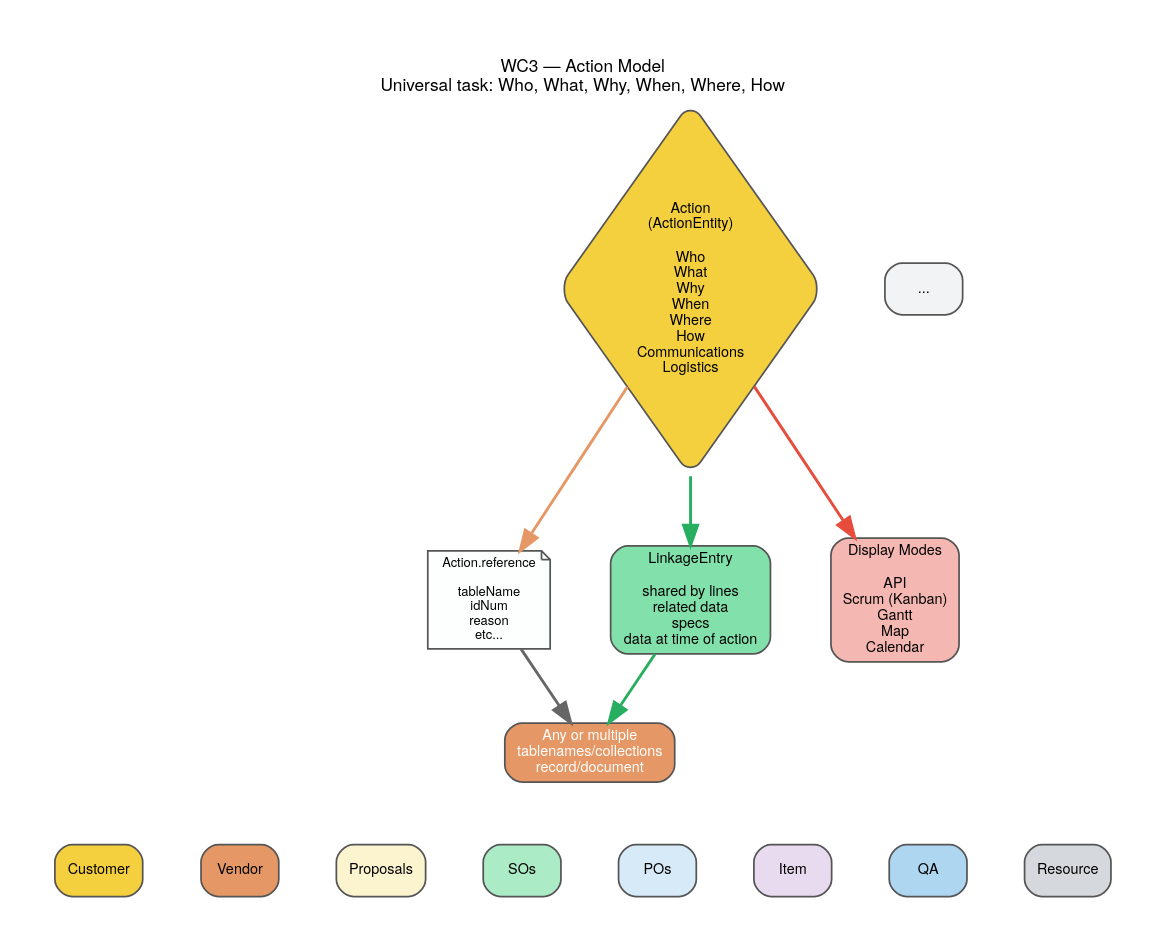
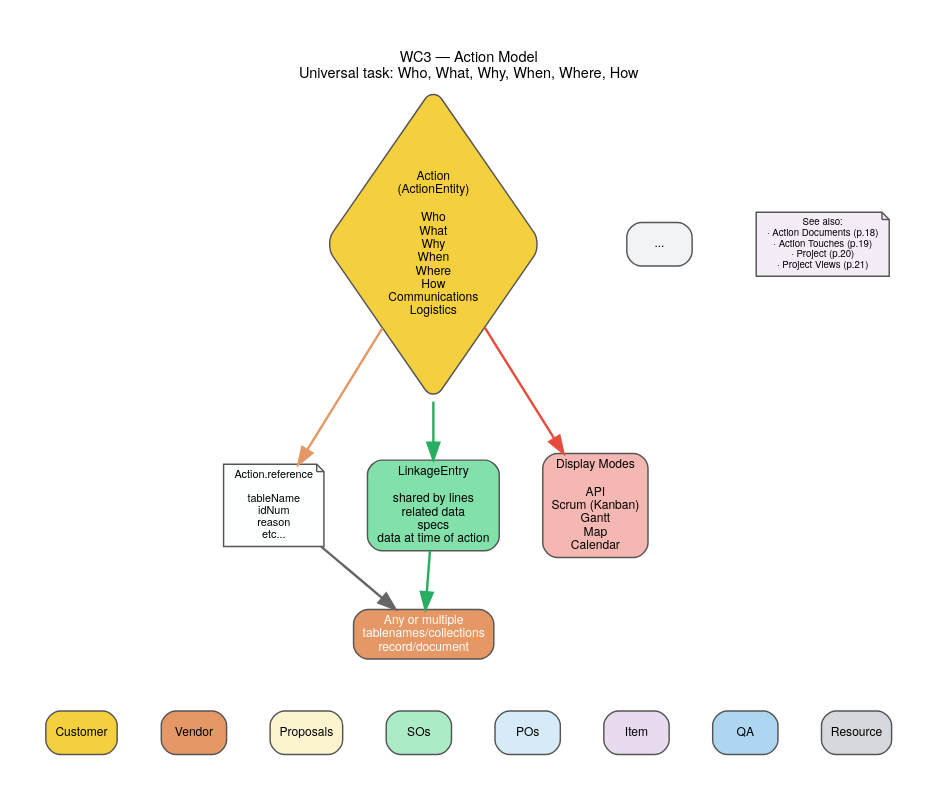
Before and after one commit to JPods/allie-core: the diagram in readmes/flowcharts/wc3-action.enriched.dot, drawn with Graphviz. The commit also changed 322 other files, not shown here.

```diff
--- a/readmes/flowcharts/wc3-action.enriched.dot
+++ b/readmes/flowcharts/wc3-action.enriched.dot
@@ -1,87 +1,93 @@
 // WC3 Action — Universal task/workflow/support model
 // References any record via tableName+idNum; multiple display modes
 // Render: dot -Tpdf wc3-action.dot -o wc3-action.pdf
 
 // CodeMap revision: 1 — 2026-08-11
 
 digraph wc3_action {
+    size="10.0,7.5"
+    ratio="compress"
+
+
+
     // ── CodeMap Standard Style ──
     fontname="Helvetica Neue,Helvetica,Arial,sans-serif"
     fontsize=12
     bgcolor="white"
     pad=0.4
     nodesep=0.5
     ranksep=0.6
     splines=true
-    ratio=0.75
 
     node [
         fontname="Helvetica Neue,Helvetica,Arial,sans-serif"
         fontsize=10
         style="filled,rounded"
         shape=box
         penwidth=1.2
         color="#555555"
-        margin="0.12,0.06"
     ]
 
     edge [
         fontname="Helvetica Neue,Helvetica,Arial,sans-serif"
         fontsize=10
         penwidth=2.0
         arrowhead=normal
         arrowsize=1.4
         color="#666666"
         fontcolor="#444444"
     ]
 
     rankdir=TB
     label="WC3 — Action Model\nUniversal task: Who, What, Why, When, Where, How"
     labelloc=t
 
     // Action
     action [label="Action\n(ActionEntity)\n\nWho\nWhat\nWhy\nWhen\nWhere\nHow\nCommunications\nLogistics" shape=diamond fillcolor="#F4D03F" fontsize=10 URL="vscode://file/Users/williamjames/Documents/CommerceExpert/webClerk3/apps/core/models/action.py:10" target="_blank" tooltip="Universal task — who, what, why, when, where, how. References any record. Tracks communication touches.\nModel: apps/core/models/action.py:10\nFunctions:
   Action._pending_attachments @ apps/core/models/action.py:198 (pre_save captures attachment list)
   Action.post_save (linkage) @ apps/core/models/action.py:230 (creates LinkageEntry group for documents)
   Action.contact_id resolve @ apps/core/models/action.py:285 (auto-resolves contact from assigned_to)"]
 
     // Reference
     action_ref [label="Action.reference\n\ntableName\nidNum\nreason\netc..." shape=note fillcolor="#FDFEFE" fontsize=9]
 
     // Any record
     any_record [label="Any or multiple\ntablenames/collections\nrecord/document" shape=box fillcolor="#E59866" fontcolor=white]
 
     // Record types
     customer [label="Customer" shape=box fillcolor="#F4D03F"]
     vendor [label="Vendor" shape=box fillcolor="#E59866"]
     proposals [label="Proposals" shape=box fillcolor="#FCF3CF" URL="vscode://file/Users/williamjames/Documents/CommerceExpert/webClerk3/apps/transactions/models/proposal.py" target="_blank" tooltip="Sales proposals — forecasts weighted by probability.\nModel: apps/transactions/models/proposal.py"]
     sos [label="SOs" shape=box fillcolor="#ABEBC6"]
     pos [label="POs" shape=box fillcolor="#D6EAF8"]
     item_rec [label="Item" shape=box fillcolor="#E8DAEF"]
     qa_rec [label="QA" shape=box fillcolor="#AED6F1"]
     resource [label="Resource" shape=box fillcolor="#D5D8DC"]
     dots [label="..." shape=box fillcolor="#F2F3F4"]
 
     // Linkage
     linkage [label="LinkageEntry\n\nshared by lines\nrelated data\nspecs\ndata at time of action" shape=box fillcolor="#82E0AA" URL="vscode://file/Users/williamjames/Documents/CommerceExpert/webClerk3/apps/core/models/linkage.py" target="_blank" tooltip="Shared line data — specs, related records, data at time of action.\nModel: apps/core/models/linkage.py"]
 
     // Display modes
     displays [label="Display Modes\n\nAPI\nScrum (Kanban)\nGantt\nMap\nCalendar" shape=box fillcolor="#F5B7B1"]
 
     // Edges
     action -> action_ref [color="#E59866"]
     action_ref -> any_record
     any_record -> customer [style=invis]
     any_record -> vendor [style=invis]
     any_record -> proposals [style=invis]
     any_record -> sos [style=invis]
     any_record -> pos [style=invis]
     any_record -> item_rec [style=invis]
     any_record -> qa_rec [style=invis]
     any_record -> resource [style=invis]
 
     action -> linkage [color="#27AE60"]
     linkage -> any_record [color="#27AE60"]
 
     action -> displays [color="#E74C3C"]
+
+    // ── Cross-references ──
+    xref [label="See also:\n· Action Documents (p.18)\n· Action Touches (p.19)\n· Project (p.20)\n· Project Views (p.21)" shape=note fillcolor="#F4ECF7" fontsize=8]
 }
```
